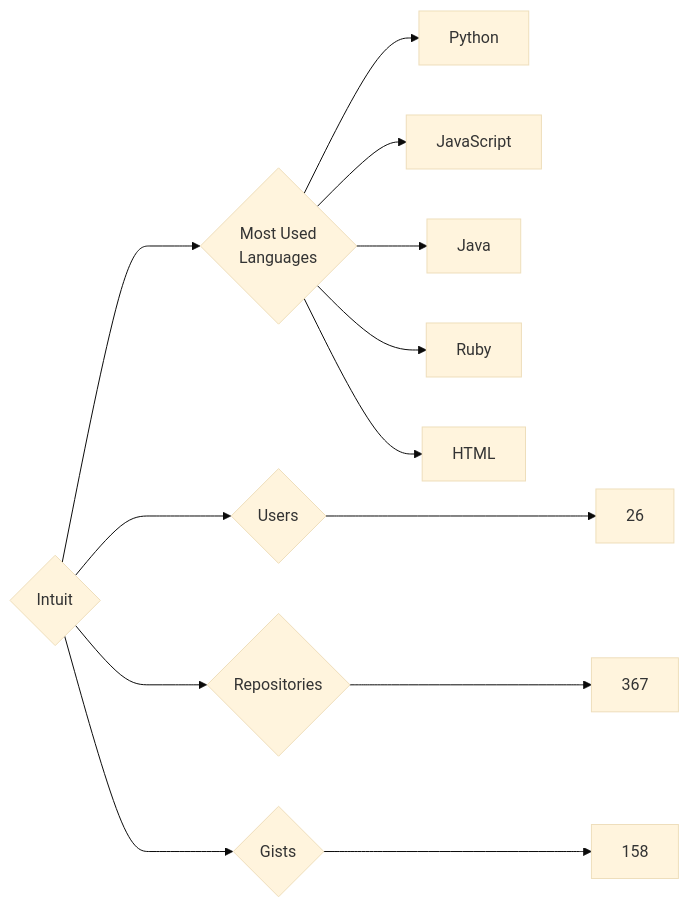
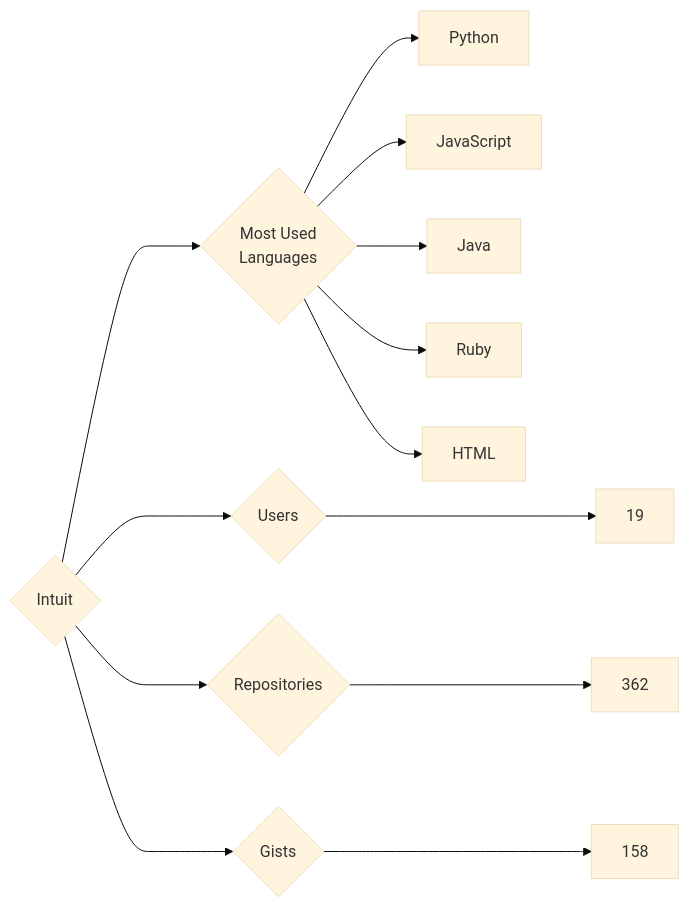
Before and after one commit to trickest/insiders: the diagram in targets/Intuit/README.md, drawn with Mermaid (base theme). The commit also changed 860 other files, not shown here.

````diff
--- a/targets/Intuit/README.md
+++ b/targets/Intuit/README.md
@@ -3,13 +3,13 @@
 ```mermaid
 graph LR
 COMPANY_NAME{Intuit}
-COMPANY_NAME ---> U{Users} ---> UN[26]
-COMPANY_NAME ---> R{Repositories} ---> RN[367]
+COMPANY_NAME ---> U{Users} ---> UN[19]
+COMPANY_NAME ---> R{Repositories} ---> RN[362]
 COMPANY_NAME ---> G{Gists} ---> GN[158]
 COMPANY_NAME ---> ML{Most Used<br>Languages}
 ML --> Python[Python]
 ML --> JavaScript[JavaScript]
 ML --> Java[Java]
 ML --> Ruby[Ruby]
 ML --> HTML[HTML]
 ```
````
